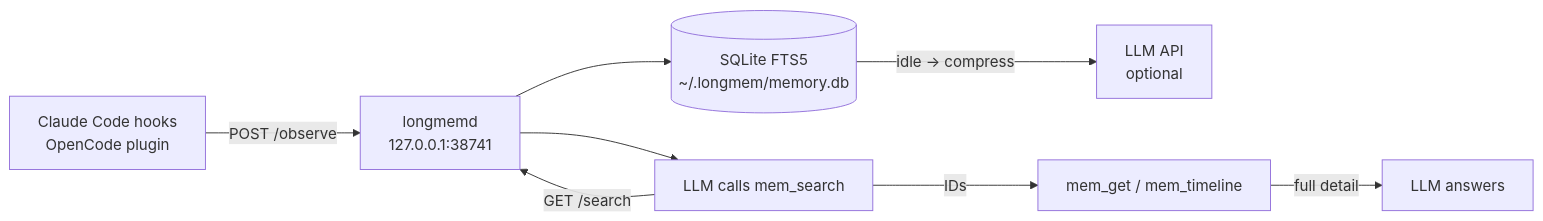
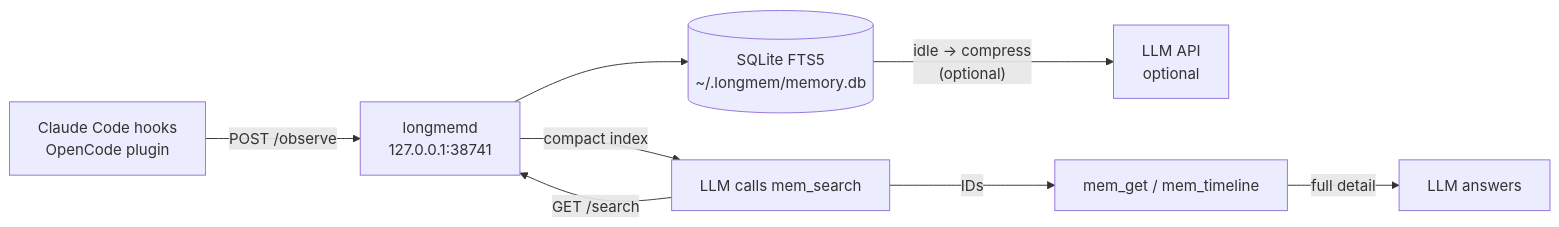
Before and after one commit to clouitreee/LongMem: the diagram in README.md, drawn with Mermaid. The commit also changed other lines of this file and 4 other files, not shown here.

````diff
--- a/README.md
+++ b/README.md
@@ -138,10 +163,10 @@
 ```mermaid
 flowchart LR
-    A[Claude Code hooks\nOpenCode plugin] -->|POST /observe| B[longmemd\n127.0.0.1:38741]
-    B --> C[(SQLite FTS5\n~/.longmem/memory.db)]
-    C -->|idle → compress| D[LLM API\noptional]
-    E[LLM calls mem_search] -->|GET /search| B
-    B --> E
-    E -->|IDs| F[mem_get / mem_timeline]
-    F -->|full detail| G[LLM answers]
+    A["Claude Code hooks\nOpenCode plugin"] -->|"POST /observe"| B["longmemd\n127.0.0.1:38741"]
+    B --> C[("SQLite FTS5\n~/.longmem/memory.db")]
+    C -->|"idle → compress\n(optional)"| D["LLM API\noptional"]
+    E["LLM calls mem_search"] -->|"GET /search"| B
+    B -->|"compact index"| E
+    E -->|"IDs"| F["mem_get / mem_timeline"]
+    F -->|"full detail"| G["LLM answers"]
 ```
````
